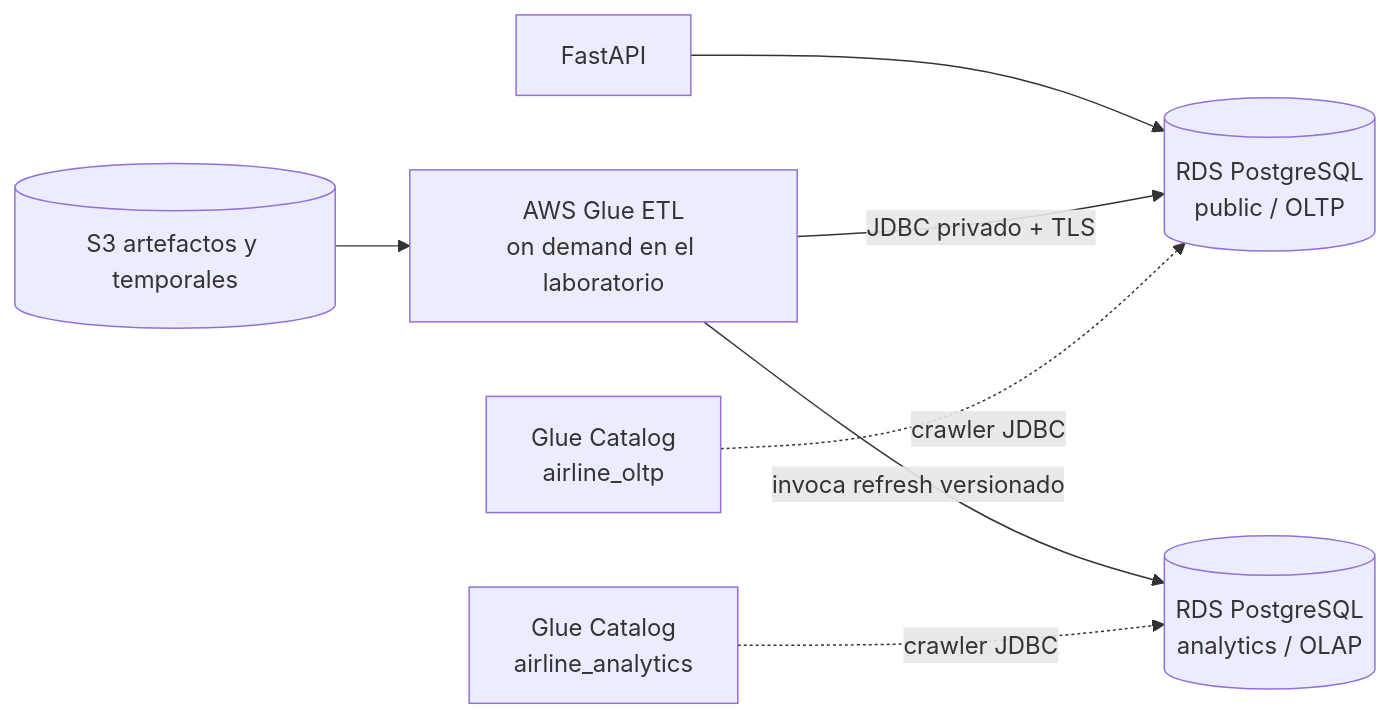
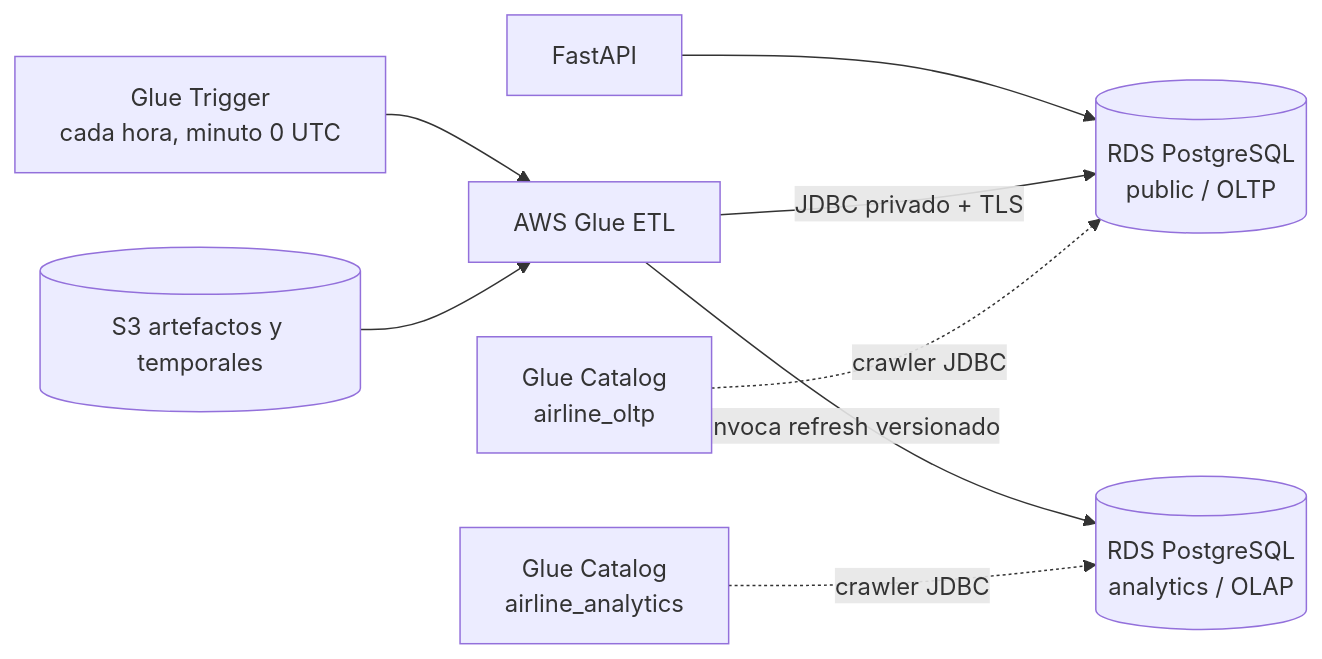
Before and after one commit to santiagogarzon-bld/bigdata-parcial-airline: the diagram in docs/analytics-architecture.md, drawn with Mermaid. The commit also changed other lines of this file and 8 other files, not shown here.

````diff
--- a/docs/analytics-architecture.md
+++ b/docs/analytics-architecture.md
@@ -24,9 +24,10 @@
 ```mermaid
 flowchart LR
     API[FastAPI] --> OLTP[(RDS PostgreSQL\npublic / OLTP)]
-    GLUE[AWS Glue ETL\non demand en el laboratorio] -->|JDBC privado + TLS| OLTP
+    SCHED[Glue Trigger\ncada hora, minuto 0 UTC] --> GLUE[AWS Glue ETL]
+    GLUE -->|JDBC privado + TLS| OLTP
     GLUE -->|invoca refresh versionado| OLAP[(RDS PostgreSQL\nanalytics / OLAP)]
     S3[(S3 artefactos y temporales)] --> GLUE
     GC1[Glue Catalog\nairline_oltp] -. crawler JDBC .-> OLTP
     GC2[Glue Catalog\nairline_analytics] -. crawler JDBC .-> OLAP
 ```
````
